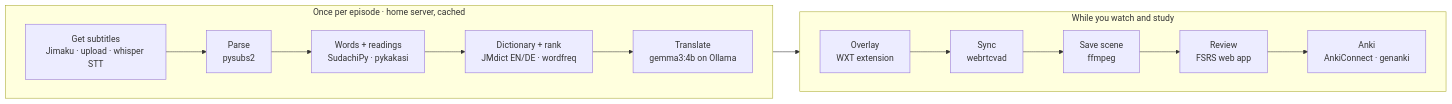
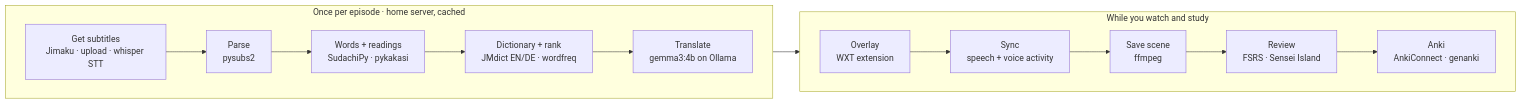
One commit to Yacine-DH/japanese-ultimate-sensei changed the diagram in README.md. Above: the diagram before and after it, drawn with Mermaid. The commit also changed other lines of this file and 17 other files, not shown here.

````diff
--- a/README.md
+++ b/README.md
@@ -53,18 +280,18 @@
 ```mermaid
 flowchart LR
   subgraph prep["Once per episode · home server, cached"]
     direction LR
     A["Get subtitles<br/>Jimaku · upload · whisper STT"] --> B["Parse<br/>pysubs2"]
     B --> C["Words + readings<br/>SudachiPy · pykakasi"]
     C --> D["Dictionary + rank<br/>JMdict EN/DE · wordfreq"]
     D --> E["Translate<br/>gemma3:4b on Ollama"]
   end
   subgraph live["While you watch and study"]
     direction LR
-    F["Overlay<br/>WXT extension"] --> G["Sync<br/>webrtcvad"]
+    F["Overlay<br/>WXT extension"] --> G["Sync<br/>speech + voice activity"]
     G --> H["Save scene<br/>ffmpeg"]
-    H --> I["Review<br/>FSRS web app"]
+    H --> I["Review<br/>FSRS · Sensei Island"]
     I --> J["Anki<br/>AnkiConnect · genanki"]
   end
   E --> F
 ```
````
